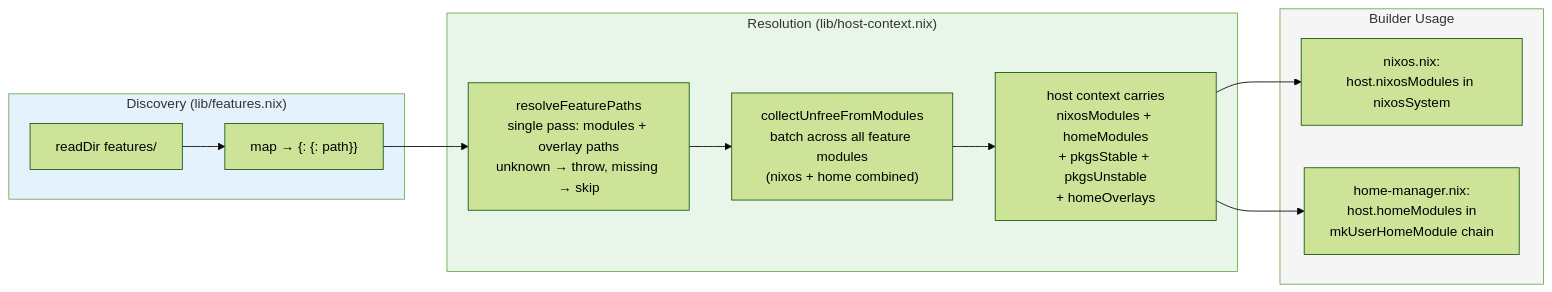
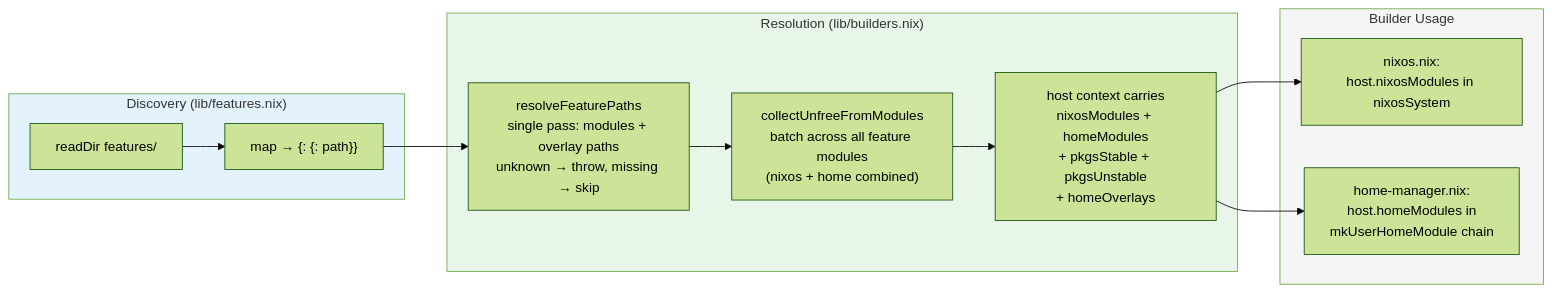
The fourth of 8 diagrams in DESIGN.md (WombatFromHell/automatic-palm-tree), drawn with Mermaid (forest theme) before and after one commit. The commit also changed other lines of this file and 12 other files, not shown here.

````diff
--- a/DESIGN.md
+++ b/DESIGN.md
@@ -208,29 +179,29 @@
 ```mermaid
 flowchart LR
     subgraph Discover ["Discovery (lib/features.nix)"]
         scan["readDir features/"]
         map["map → {<feature>: {<platform>: path}}"]
     end
 
-    subgraph HostCtx ["Resolution (lib/host-context.nix)"]
+    subgraph HostCtx ["Resolution (lib/builders.nix)"]
         validate["resolveFeaturePaths\nsingle pass: modules + overlay paths\nunknown → throw, missing → skip"]
         unfree["collectUnfreeFromModules\nbatch across all feature modules\n(nixos + home combined)"]
         ctxOut["host context carries\nnixosModules + homeModules\n+ pkgsStable + pkgsUnstable\n+ homeOverlays"]
     end
 
     subgraph Builders ["Builder Usage"]
         nixosFeat["nixos.nix:\nhost.nixosModules in nixosSystem"]
         hmFeat["home-manager.nix:\nhost.homeModules in\nmkUserHomeModule chain"]
     end
 
     scan --> map
 
     map --> validate --> unfree --> ctxOut
 
     ctxOut --> nixosFeat
     ctxOut --> hmFeat
 
     style Discover fill:#e3f2fd
     style HostCtx fill:#e8f5e9
     style Builders fill:#f5f5f5
 ```
````
